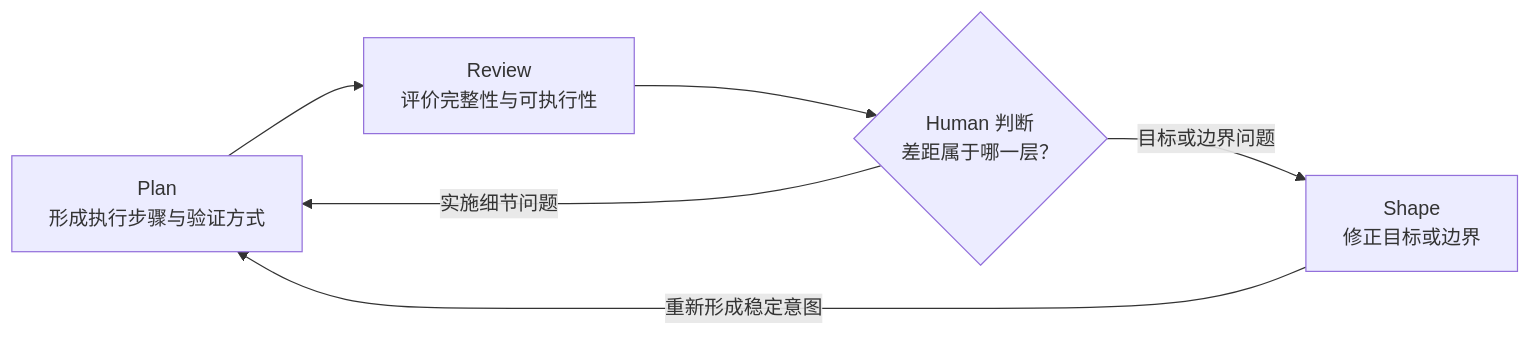
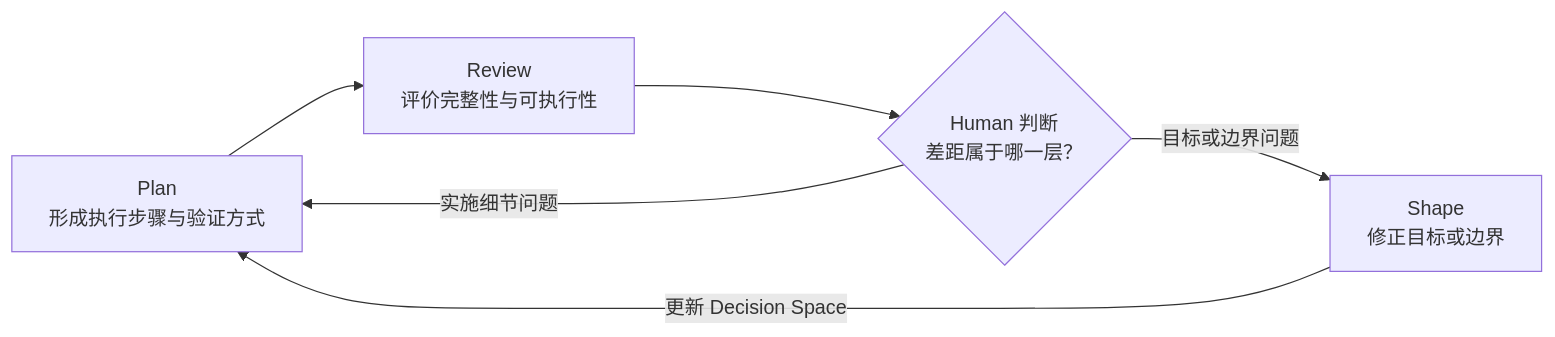
The sixth of 8 diagrams in .human-react/loop.md (FlutteryEmbers/human-react), drawn with Mermaid before and after one commit. The commit also changed other lines of this file and 17 other files, not shown here.

````diff
--- a/.human-react/loop.md
+++ b/.human-react/loop.md
@@ -124,13 +180,13 @@
 ```mermaid
 flowchart LR
     P["Plan<br/>形成执行步骤与验证方式"]
     R["Review<br/>评价完整性与可执行性"]
     H{"Human 判断<br/>差距属于哪一层？"}
     S["Shape<br/>修正目标或边界"]
 
     P --> R
     R --> H
     H -->|"实施细节问题"| P
     H -->|"目标或边界问题"| S
-    S -->|"重新形成稳定意图"| P
+    S -->|"更新 Decision Space"| P
 ```
````
